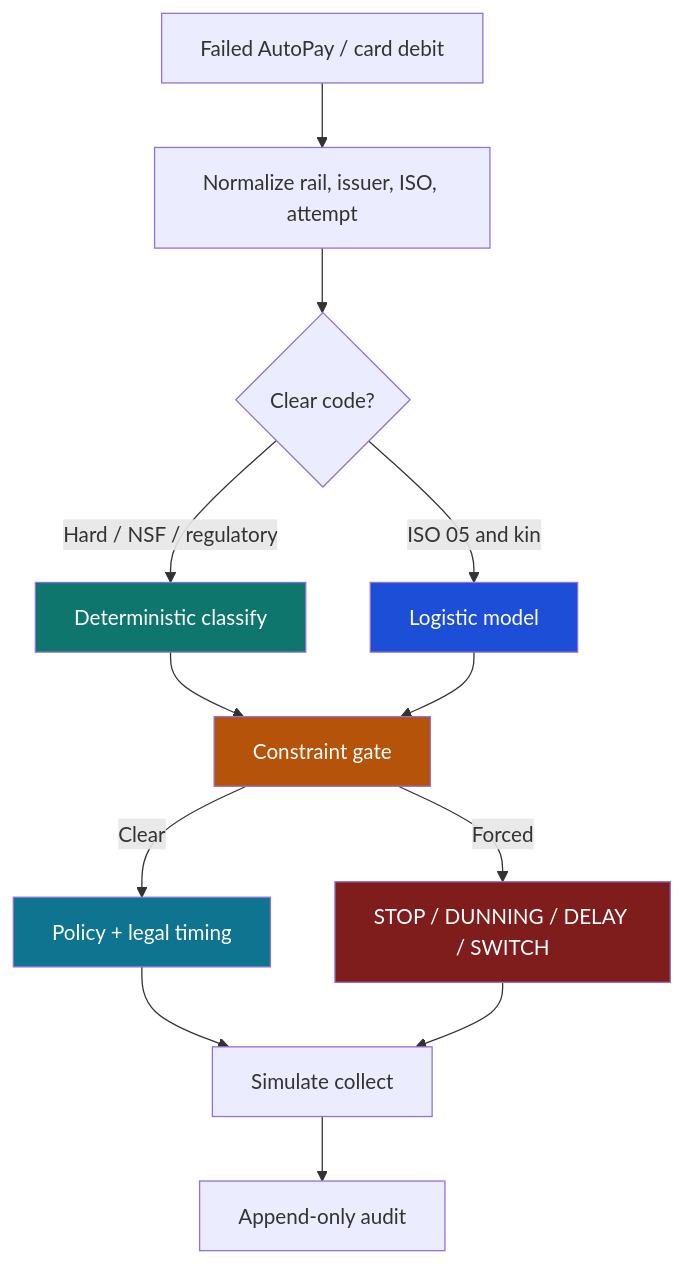
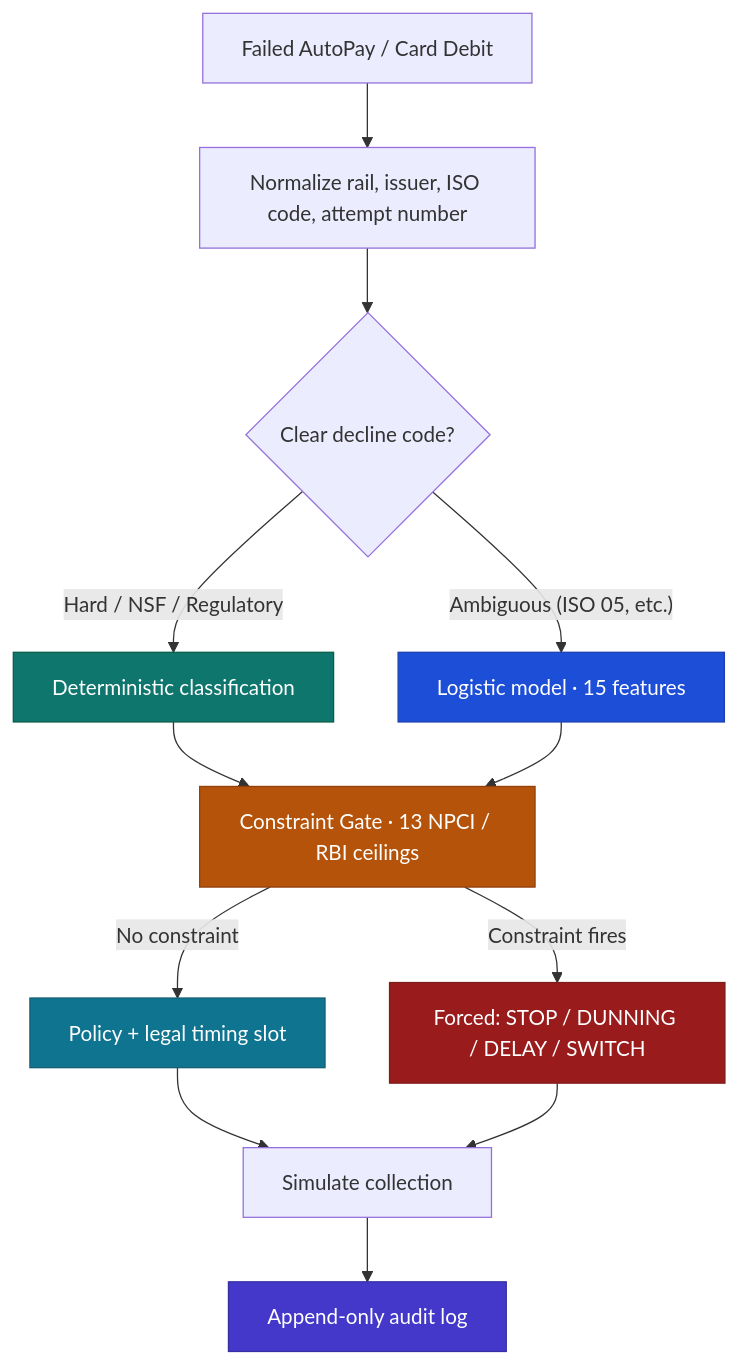
One commit to dhanwanth-dev/railwise changed the first of 3 diagrams in README.md. Above: the diagram before and after it, drawn with Mermaid. The commit also changed other lines of this file and 6 other files, not shown here.

````diff
--- a/README.md
+++ b/README.md
@@ -54,19 +64,21 @@
 ```mermaid
 flowchart TD
-  A[Failed AutoPay / card debit] --> B[Normalize rail, issuer, ISO, attempt]
-  B --> C{Clear code?}
-  C -->|Hard / NSF / regulatory| D[Deterministic classify]
-  C -->|ISO 05 and kin| E[Logistic model]
-  D --> F[Constraint gate]
-  E --> F
-  F -->|Forced| G[STOP / DUNNING / DELAY / SWITCH]
-  F -->|Clear| H[Policy + legal timing]
-  H --> I[Simulate collect]
-  G --> I
-  I --> J[Append-only audit]
-  style F fill:#b45309,color:#fff
-  style E fill:#1d4ed8,color:#fff
-  style D fill:#0f766e,color:#fff
-  style G fill:#7f1d1d,color:#fff
-  style H fill:#0e7490,color:#fff
+    A["Failed AutoPay / Card Debit"] --> B["Normalize rail, issuer, ISO code, attempt number"]
+    B --> C{"Clear decline code?"}
+    C -- "Hard / NSF / Regulatory" --> D["Deterministic classification"]
+    C -- "Ambiguous (ISO 05, etc.)" --> E["Logistic model · 15 features"]
+    D --> F["Constraint Gate · 13 NPCI / RBI ceilings"]
+    E --> F
+    F -- "Constraint fires" --> G["Forced: STOP / DUNNING / DELAY / SWITCH"]
+    F -- "No constraint" --> H["Policy + legal timing slot"]
+    H --> I["Simulate collection"]
+    G --> I
+    I --> J["Append-only audit log"]
+
+    style F fill:#b45309,color:#fff,stroke:#92400e
+    style E fill:#1d4ed8,color:#fff,stroke:#1e40af
+    style D fill:#0f766e,color:#fff,stroke:#065f46
+    style G fill:#991b1b,color:#fff,stroke:#7f1d1d
+    style H fill:#0e7490,color:#fff,stroke:#155e75
+    style J fill:#4338ca,color:#fff,stroke:#3730a3
 ```
````
